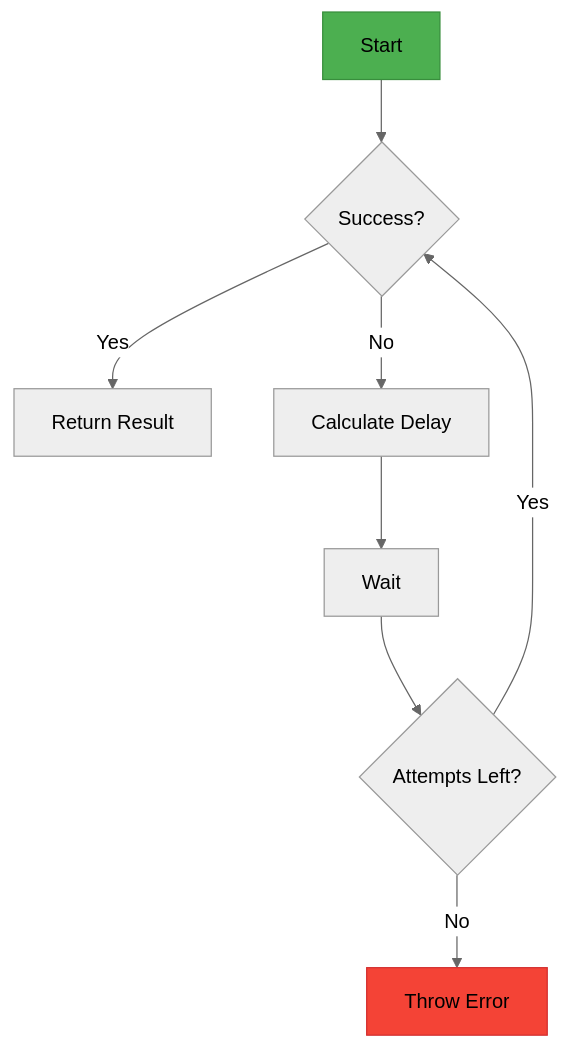
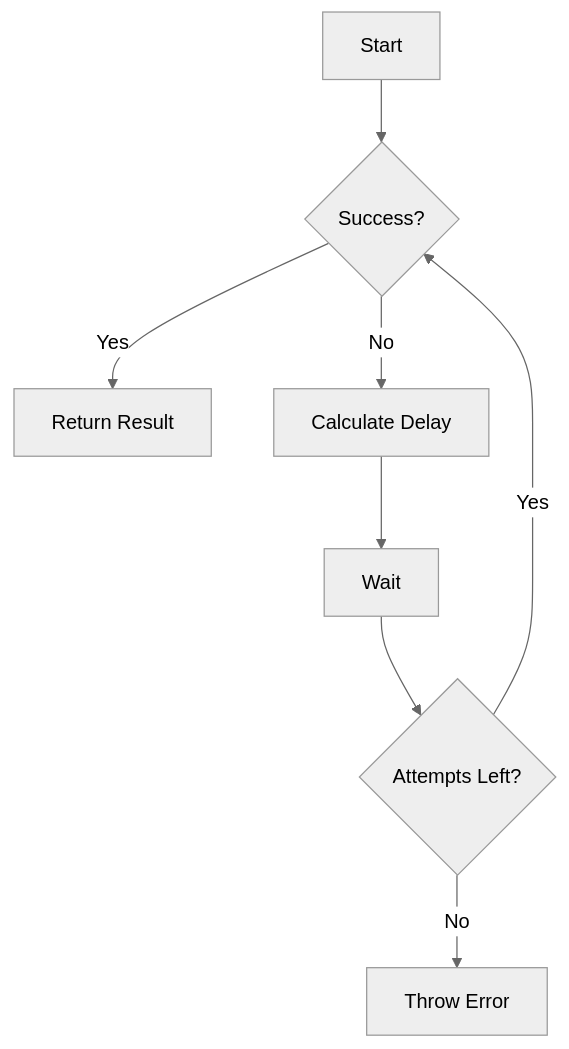
Before and after one commit to khizerarshad/super-retry: the diagram in README.md, drawn with Mermaid (neutral theme). The commit also changed other lines of this file and 198 other files, not shown here.

````diff
--- a/README.md
+++ b/README.md
@@ -110,12 +54,10 @@
 ```mermaid
 graph TD
   A[Start] --> B{Success?}
   B -->|Yes| C[Return Result]
   B -->|No| D[Calculate Delay]
   D --> E[Wait]
   E --> F{Attempts Left?}
   F -->|Yes| B
   F -->|No| G[Throw Error]
-  style A fill:#4CAF50,stroke:#388E3C
-  style G fill:#f44336,stroke:#d32f2f
 ```
````
